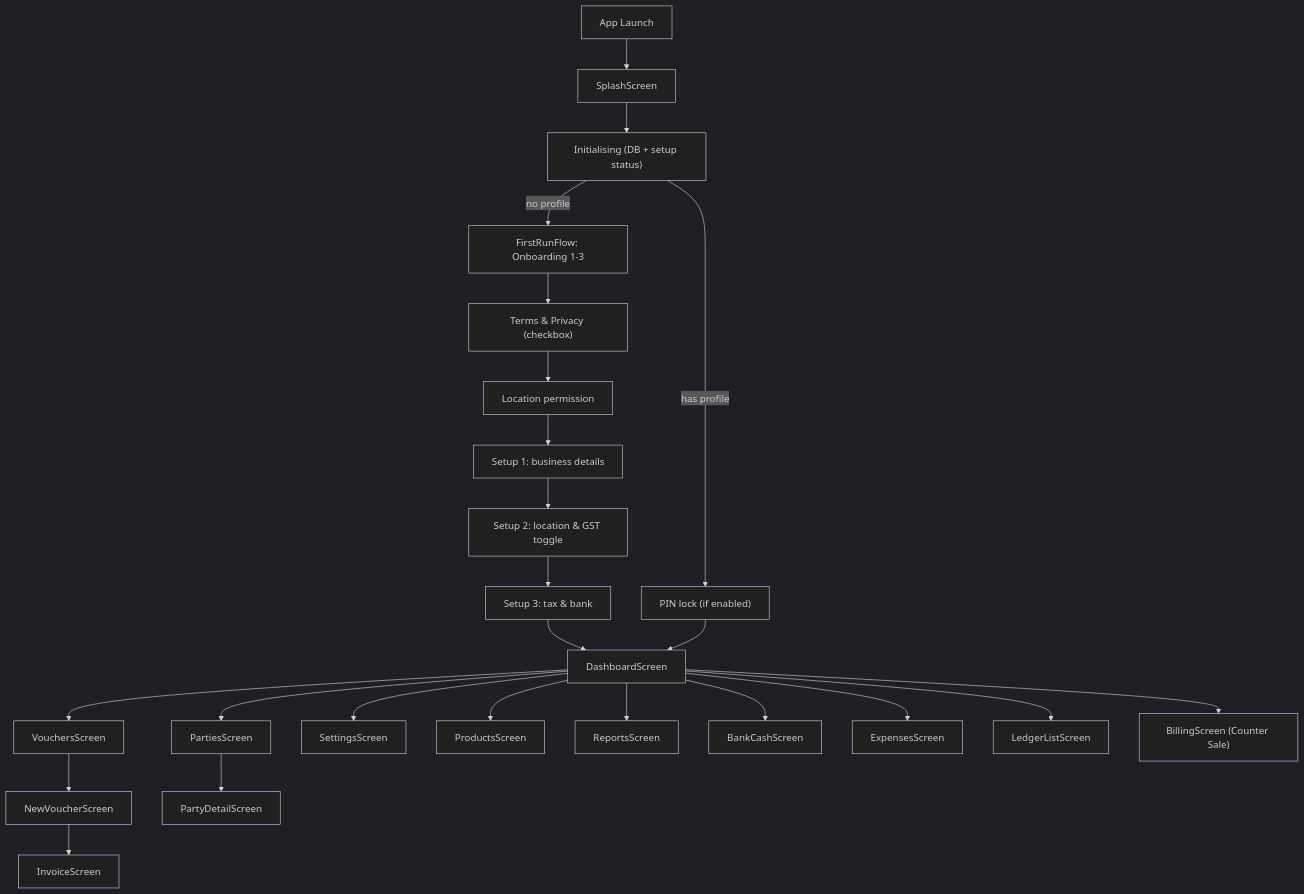
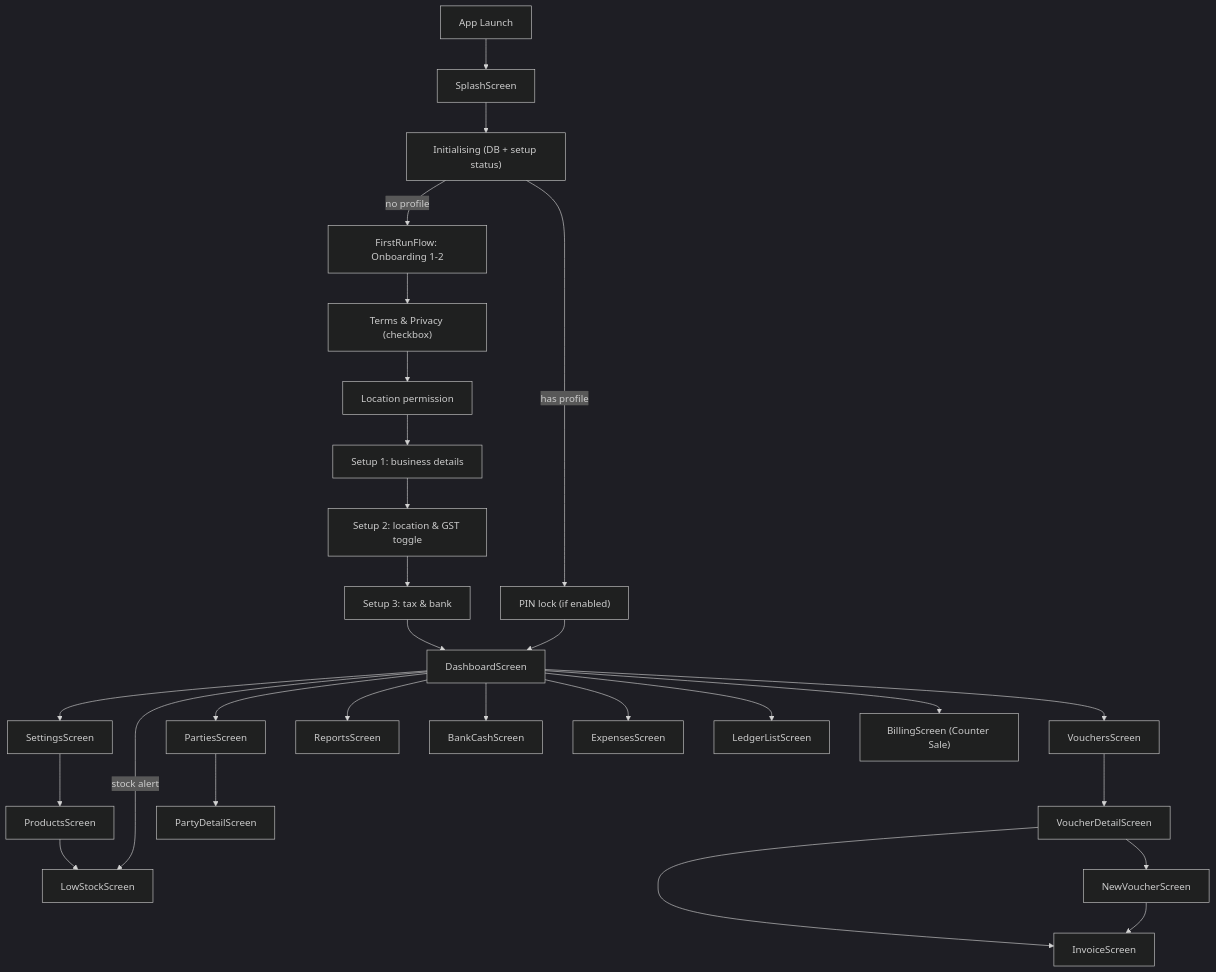
Before and after one commit to sourish-dutta-sugo/Mavo: the diagram in docs/design/SCREENS.md, drawn with Mermaid (dark theme). The commit also changed other lines of this file and 32 other files, not shown here.

````diff
--- a/docs/design/SCREENS.md
+++ b/docs/design/SCREENS.md
@@ -65,26 +70,30 @@
 ```mermaid
 graph TD
     A["App Launch"] --> B["SplashScreen"]
     B --> I["Initialising (DB + setup status)"]
-    I -->|no profile| W1["FirstRunFlow: Onboarding 1-3"]
+    I -->|no profile| W1["FirstRunFlow: Onboarding 1-2"]
     W1 --> W2["Terms & Privacy (checkbox)"]
     W2 --> W3["Location permission"]
     W3 --> W4["Setup 1: business details"]
     W4 --> W5["Setup 2: location & GST toggle"]
     W5 --> W6["Setup 3: tax & bank"]
     W6 --> D["DashboardScreen"]
     I -->|has profile| P["PIN lock (if enabled)"]
     P --> D
     D --> E["VouchersScreen"]
     D --> F["PartiesScreen"]
     D --> G["SettingsScreen"]
-    D --> H["ProductsScreen"]
+    G["SettingsScreen"] --> H["ProductsScreen"]
+    H --> LS["LowStockScreen"]
+    D -->|stock alert| LS
     D --> I2["ReportsScreen"]
     D --> J["BankCashScreen"]
     D --> K["ExpensesScreen"]
     D --> L["LedgerListScreen"]
     D --> M["BillingScreen (Counter Sale)"]
-    E --> N["NewVoucherScreen"]
-    N --> O["InvoiceScreen"]
+    E --> VD["VoucherDetailScreen"]
+    VD --> N["NewVoucherScreen"]
+    VD --> O["InvoiceScreen"]
+    N --> O
     F --> P2["PartyDetailScreen"]
 ```
````
